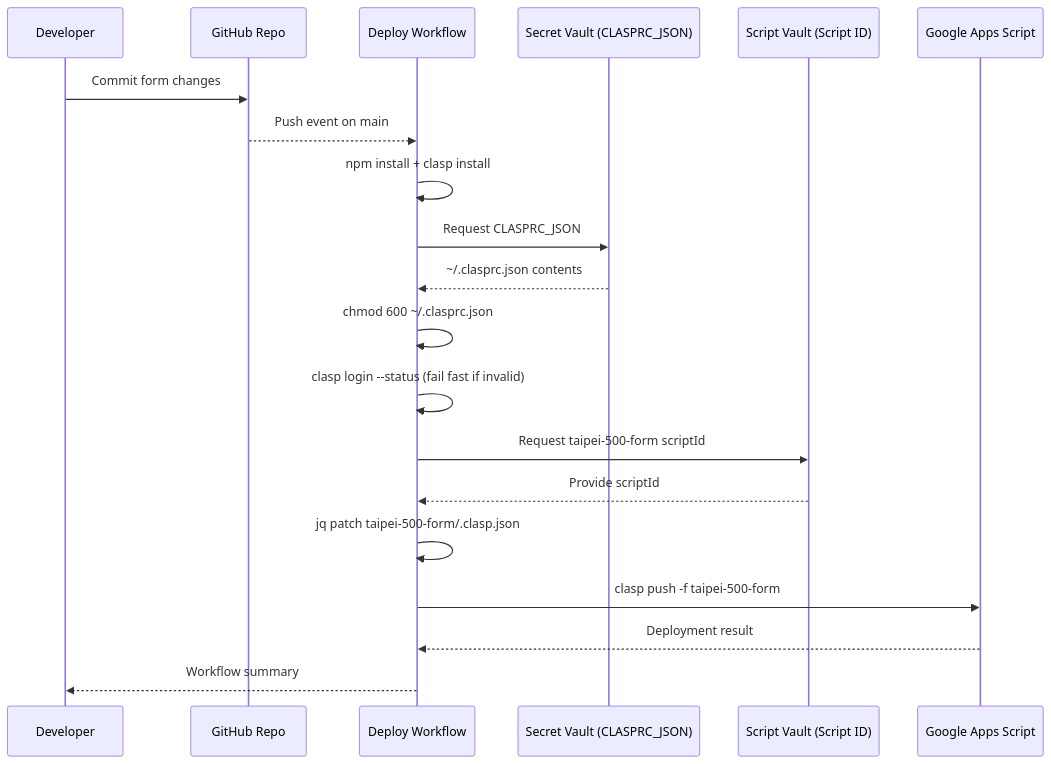
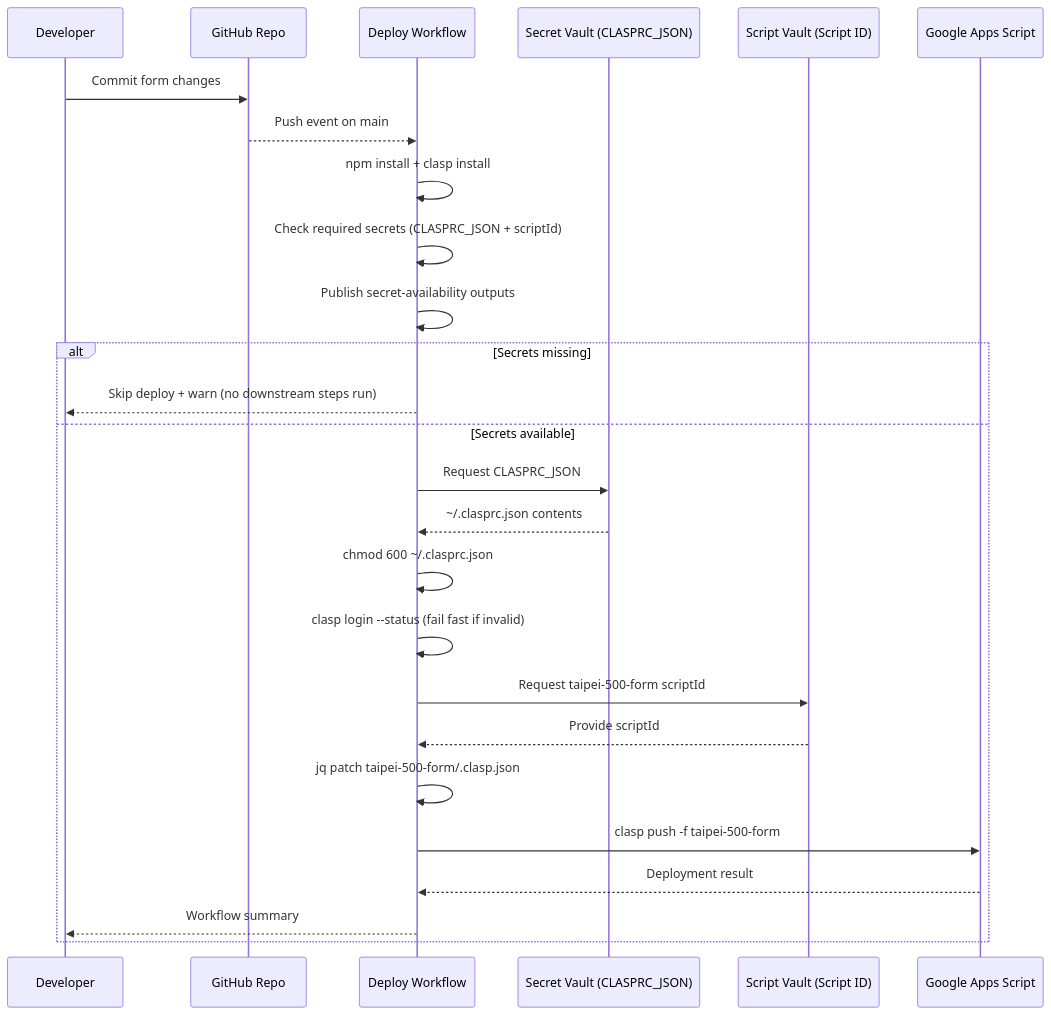
The third of 5 diagrams in README.md (muyueh/clasp-from-fresh), drawn with Mermaid before and after one commit. The commit also changed other lines of this file and 1 other file, not shown here.

Commit message:
Fix deploy secret gate outputs

````diff
--- a/README.md
+++ b/README.md
@@ -36,22 +45,28 @@
 ```mermaid
 sequenceDiagram
     participant Dev as Developer
     participant Repo as GitHub Repo
     participant CI as Deploy Workflow
     participant Secret as Secret Vault (CLASPRC_JSON)
     participant ScriptSecret as Script Vault (Script ID)
     participant GAS as Google Apps Script
     Dev->>Repo: Commit form changes
     Repo-->>CI: Push event on main
     CI->>CI: npm install + clasp install
-    CI->>Secret: Request CLASPRC_JSON
-    Secret-->>CI: ~/.clasprc.json contents
-    CI->>CI: chmod 600 ~/.clasprc.json
-    CI->>CI: clasp login --status (fail fast if invalid)
-    CI->>ScriptSecret: Request taipei-500-form scriptId
-    ScriptSecret-->>CI: Provide scriptId
-    CI->>CI: jq patch taipei-500-form/.clasp.json
-    CI->>GAS: clasp push -f taipei-500-form
-    GAS-->>CI: Deployment result
-    CI-->>Dev: Workflow summary
+    CI->>CI: Check required secrets (CLASPRC_JSON + scriptId)
+    CI->>CI: Publish secret-availability outputs
+    alt Secrets missing
+        CI-->>Dev: Skip deploy + warn (no downstream steps run)
+    else Secrets available
+        CI->>Secret: Request CLASPRC_JSON
+        Secret-->>CI: ~/.clasprc.json contents
+        CI->>CI: chmod 600 ~/.clasprc.json
+        CI->>CI: clasp login --status (fail fast if invalid)
+        CI->>ScriptSecret: Request taipei-500-form scriptId
+        ScriptSecret-->>CI: Provide scriptId
+        CI->>CI: jq patch taipei-500-form/.clasp.json
+        CI->>GAS: clasp push -f taipei-500-form
+        GAS-->>CI: Deployment result
+        CI-->>Dev: Workflow summary
+    end
 ```
````
